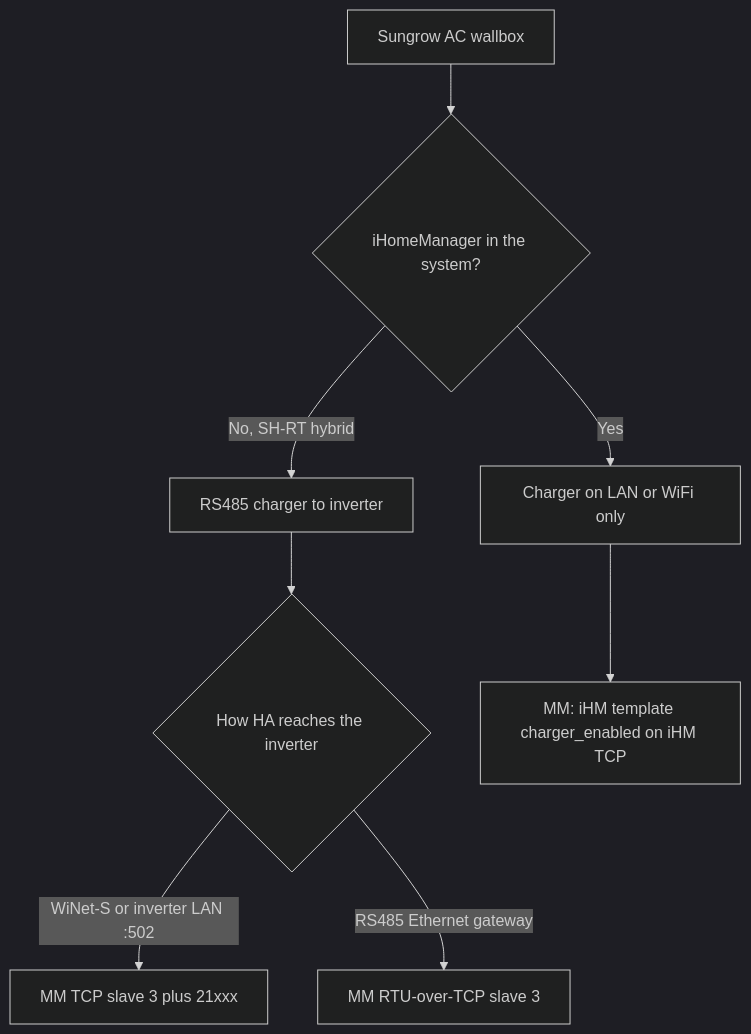
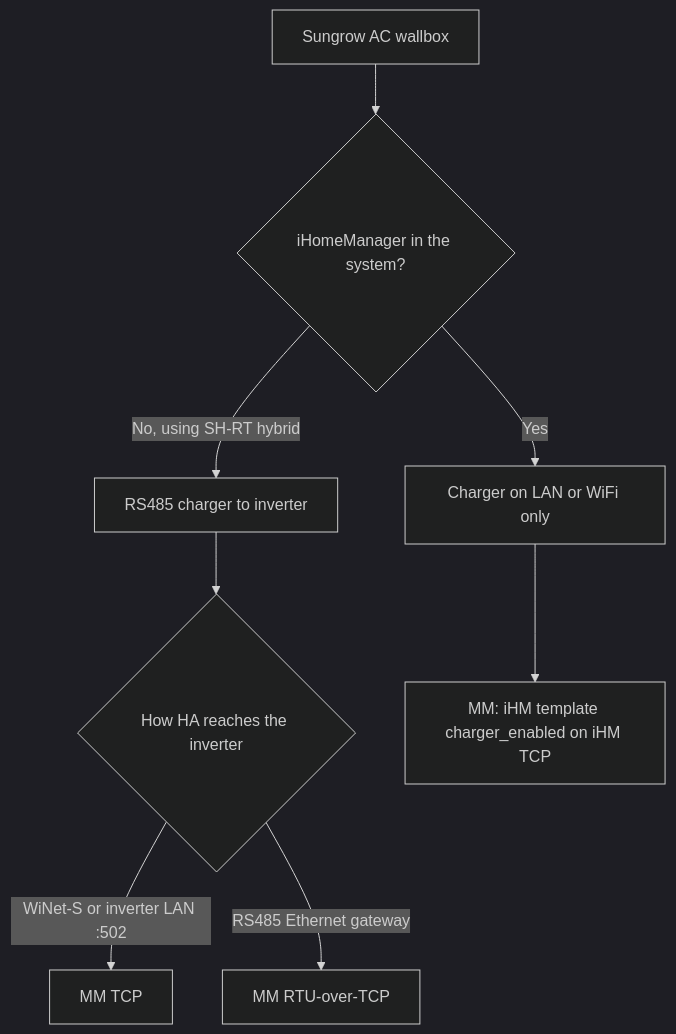
One commit to TCzerny/ha-modbus-manager changed the diagram in docs/README_sungrow_wallbox_connection.md. Above: the diagram before and after it, drawn with Mermaid (dark theme). The commit also changed other lines of this file and 3 other files, not shown here.

````diff
--- a/docs/README_sungrow_wallbox_connection.md
+++ b/docs/README_sungrow_wallbox_connection.md
@@ -35,11 +35,11 @@
 ```mermaid
 flowchart TD
   start[Sungrow AC wallbox]
   start --> ihm{iHomeManager in the system?}
-  ihm -->|No, SH-RT hybrid| rs485[RS485 charger to inverter]
+  ihm -->|No, using SH-RT hybrid| rs485[RS485 charger to inverter]
   rs485 --> gw{How HA reaches the inverter}
-  gw -->|WiNet-S or inverter LAN :502| mm1[MM TCP slave 3 plus 21xxx]
-  gw -->|RS485 Ethernet gateway| mm1b[MM RTU-over-TCP slave 3]
+  gw -->|WiNet-S or inverter LAN :502| mm1[MM TCP]
+  gw -->|RS485 Ethernet gateway| mm1b[MM RTU-over-TCP]
   ihm -->|Yes| lan[Charger on LAN or WiFi only]
   lan --> mm2[MM: iHM template charger_enabled on iHM TCP]
 ```
````
